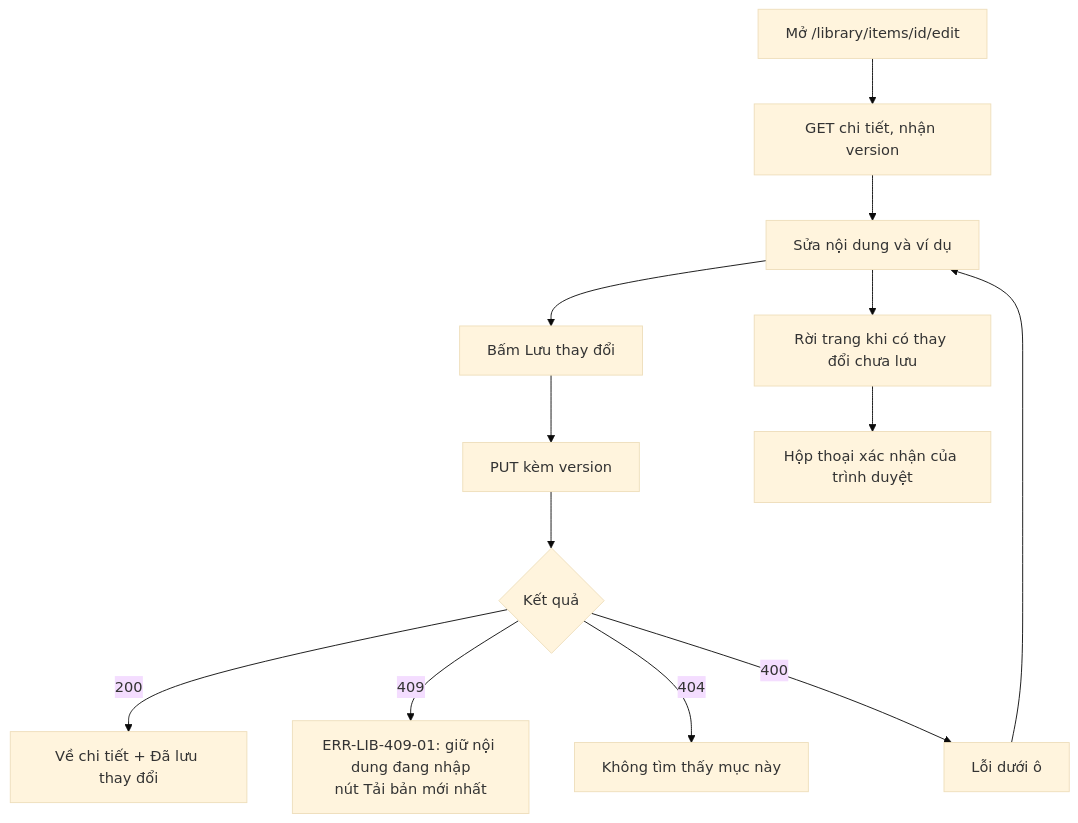
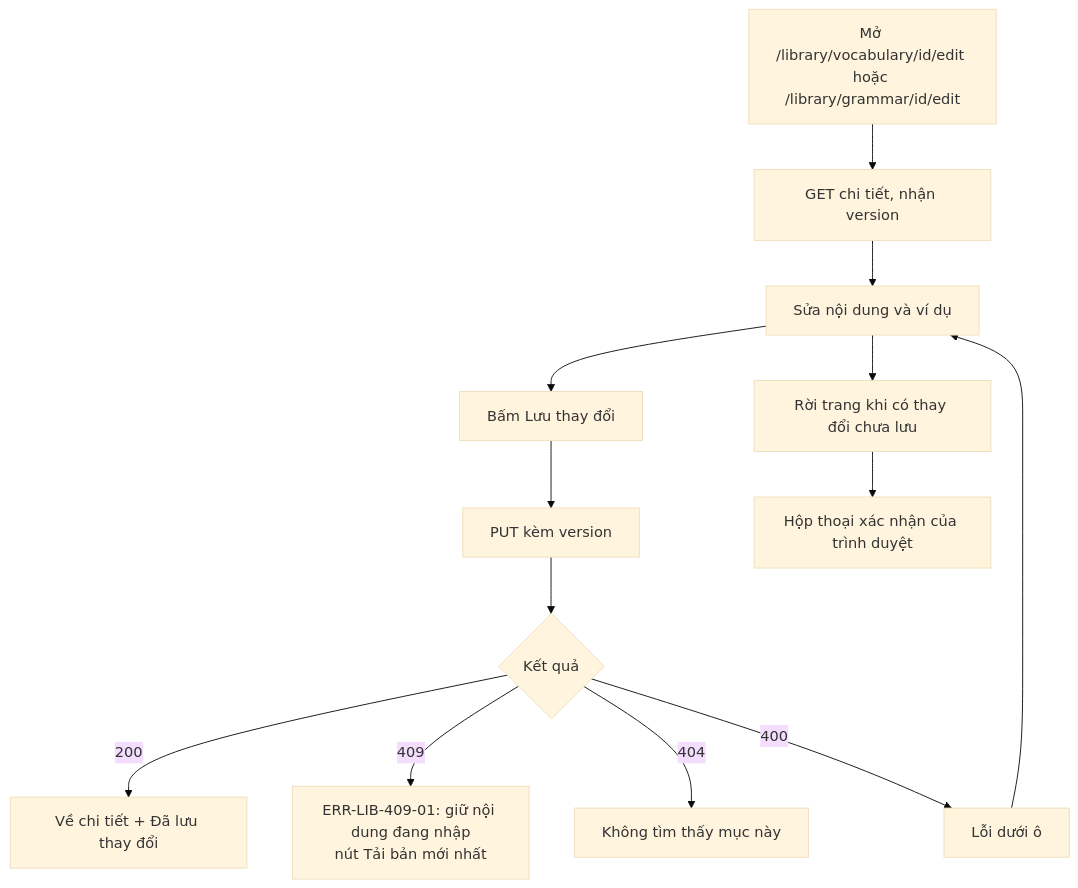
One commit to pamela172103/Lingozi changed the first of 2 diagrams in docs/features/knowledge-items/srs/US-LIB-05-edit-item.md. Above: the diagram before and after it, drawn with Mermaid (base theme). The commit also changed other lines of this file and 91 other files, not shown here.

First line of the commit message:
docs: split vocabulary and grammar libraries; redraw all wireframes as generated SVG

````diff
--- a/docs/features/knowledge-items/srs/US-LIB-05-edit-item.md
+++ b/docs/features/knowledge-items/srs/US-LIB-05-edit-item.md
@@ -69,13 +70,13 @@
 ```mermaid
 flowchart TD
-    A[Mở /library/items/id/edit] --> B[GET chi tiết, nhận version]
+    A[Mở /library/vocabulary/id/edit hoặc /library/grammar/id/edit] --> B[GET chi tiết, nhận version]
     B --> C[Sửa nội dung và ví dụ]
     C --> D[Bấm Lưu thay đổi]
     D --> E[PUT kèm version]
     E --> F{Kết quả}
     F -- 200 --> G[Về chi tiết + Đã lưu thay đổi]
     F -- 409 --> H[ERR-LIB-409-01: giữ nội dung đang nhập<br/>nút Tải bản mới nhất]
     F -- 404 --> I[Không tìm thấy mục này]
     F -- 400 --> J[Lỗi dưới ô] --> C
     C --> K[Rời trang khi có thay đổi chưa lưu] --> L[Hộp thoại xác nhận của trình duyệt]
 ```
````
